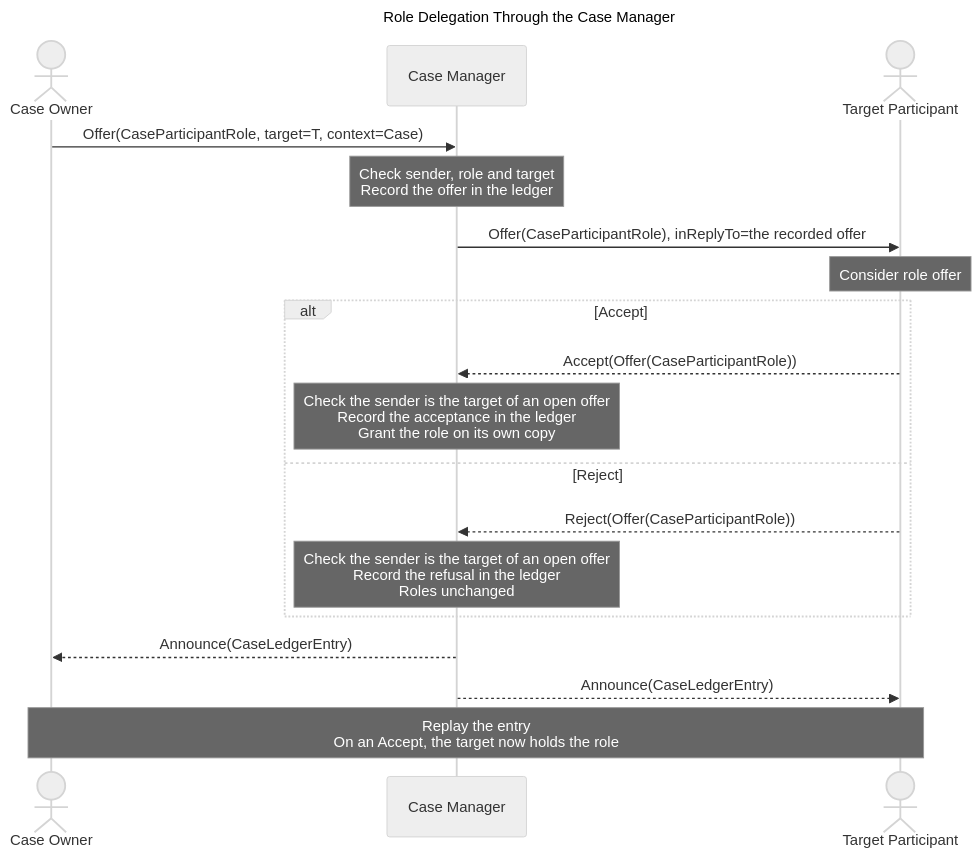
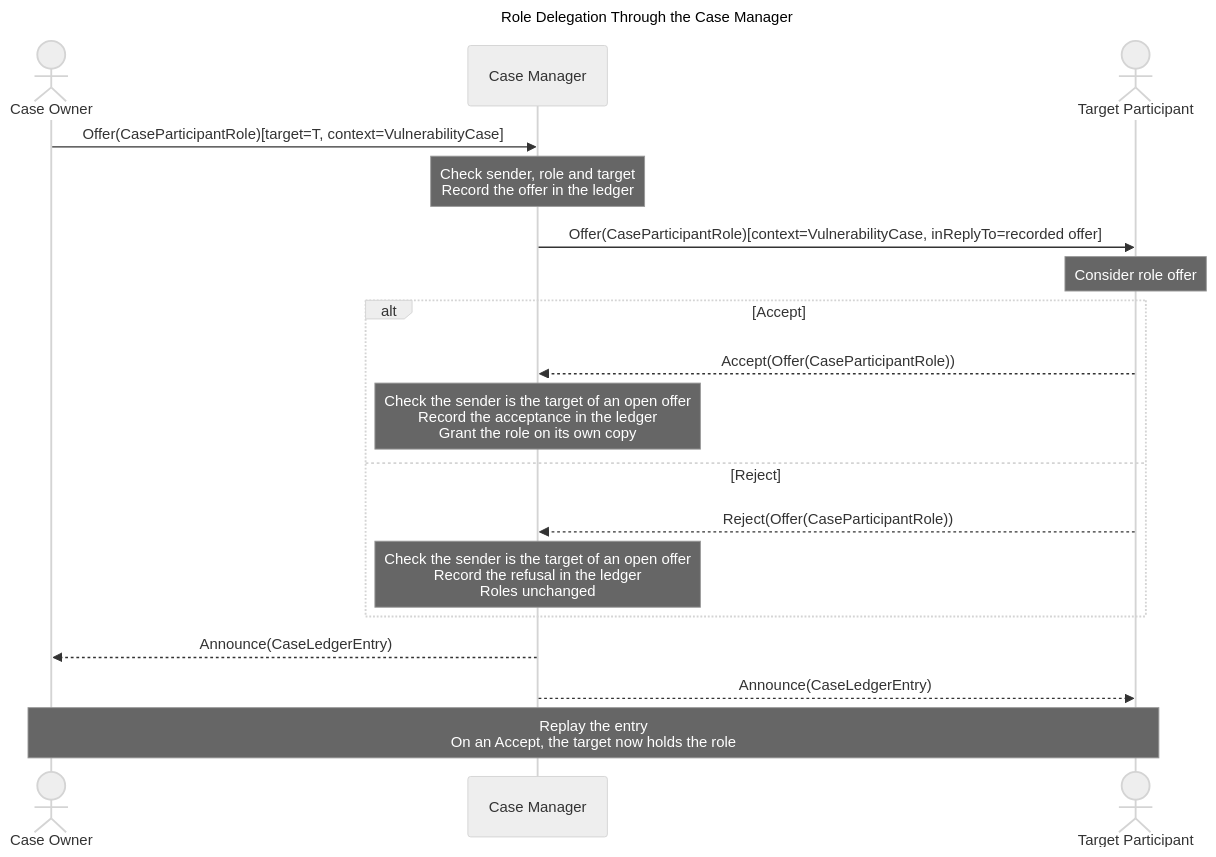
Before and after one commit to CERTCC/Vultron: the diagram in docs/howto/activitypub/activities/role_delegation.md, drawn with Mermaid (neutral theme). The commit also changed 39 other files, not shown here.

````diff
--- a/docs/howto/activitypub/activities/role_delegation.md
+++ b/docs/howto/activitypub/activities/role_delegation.md
@@ -36,23 +36,23 @@
 ```mermaid
 ---
 title: Role Delegation Through the Case Manager
 ---
 sequenceDiagram
     actor O as Case Owner
     participant M as Case Manager
     actor T as Target Participant
-    O ->> M: Offer(CaseParticipantRole, target=T, context=Case)
+    O ->> M: Offer(CaseParticipantRole)[target=T, context=VulnerabilityCase]
     note over M: Check sender, role and target<br/>Record the offer in the ledger
-    M ->> T: Offer(CaseParticipantRole), inReplyTo=the recorded offer
+    M ->> T: Offer(CaseParticipantRole)[context=VulnerabilityCase, inReplyTo=recorded offer]
     note over T: Consider role offer
     alt Accept
         T -->> M: Accept(Offer(CaseParticipantRole))
         note over M: Check the sender is the target of an open offer<br/>Record the acceptance in the ledger<br/>Grant the role on its own copy
     else Reject
         T -->> M: Reject(Offer(CaseParticipantRole))
         note over M: Check the sender is the target of an open offer<br/>Record the refusal in the ledger<br/>Roles unchanged
     end
     M -->> O: Announce(CaseLedgerEntry)
     M -->> T: Announce(CaseLedgerEntry)
     note over O,T: Replay the entry<br/>On an Accept, the target now holds the role
 ```
````
